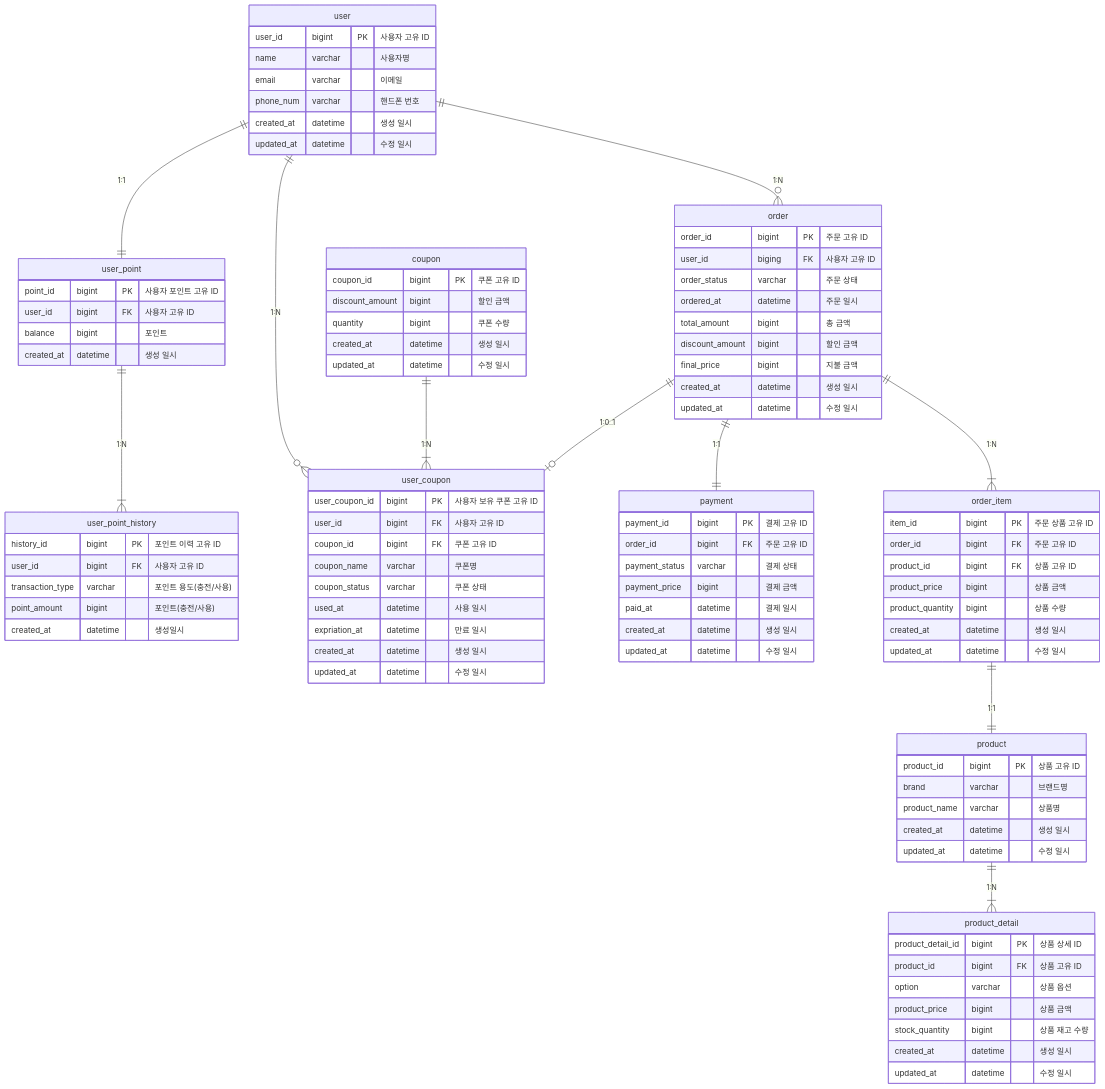
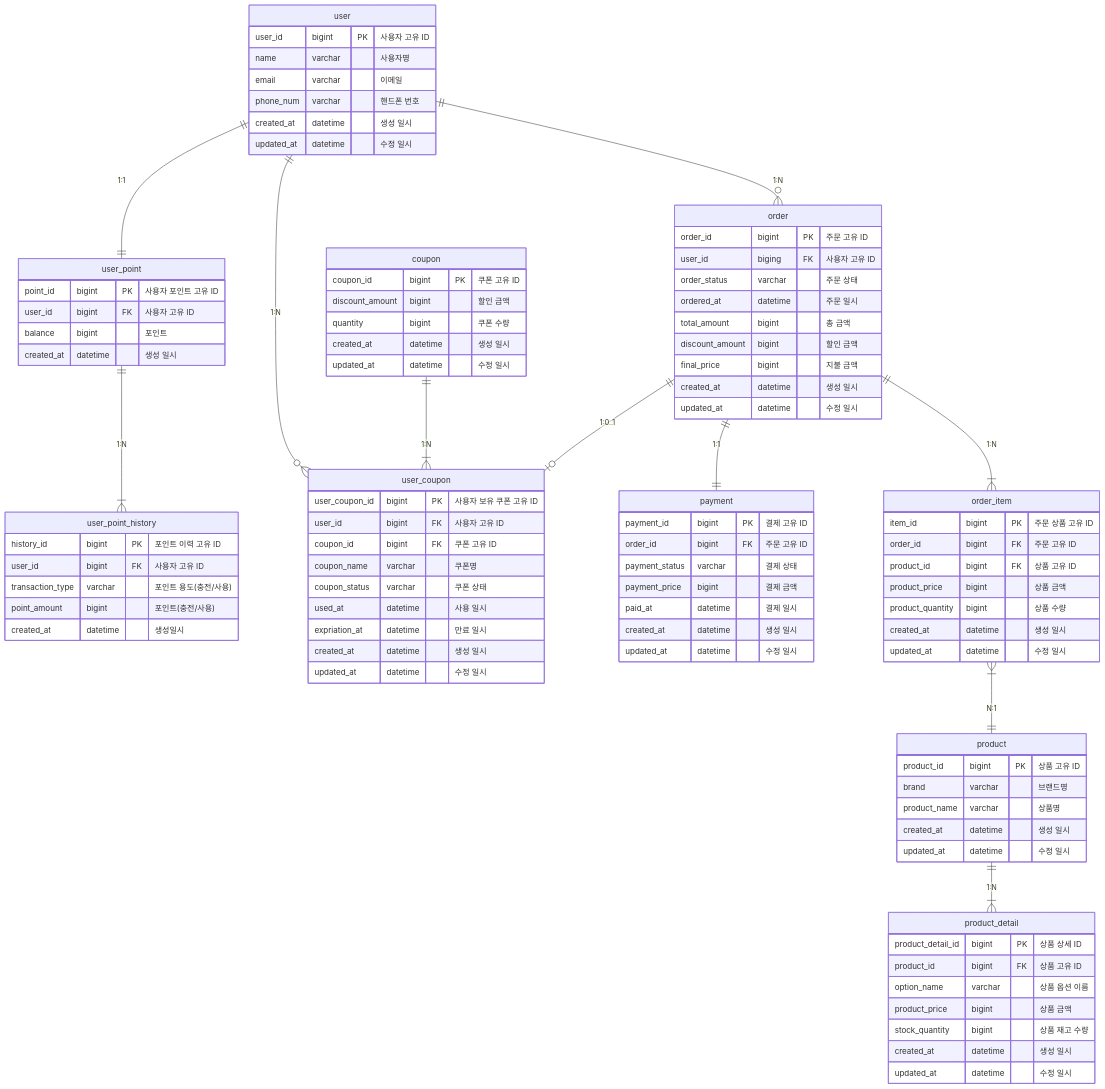
Before and after one commit to Ssoyoung-J/e-commerce-service: the diagram in docs/erd.md, drawn with Mermaid.

Commit message:
docs: erd 수정

```diff
--- a/docs/erd.md
+++ b/docs/erd.md
@@ -11,7 +11,7 @@
     order ||--|{ order_item: "1:N"
     order ||--o| user_coupon : "1:0..1"
 
-    order_item ||--|| product : "1:1"
+    order_item |{--|| product : "N:1"
     product ||--|{ product_detail : "1:N"
 
     user {
@@ -94,7 +94,7 @@
     product_detail {
         product_detail_id bigint PK "상품 상세 ID"
         product_id bigint FK "상품 고유 ID"
-        option varchar "상품 옵션"
+        option_name varchar "상품 옵션 이름"
         product_price bigint "상품 금액"
         stock_quantity bigint "상품 재고 수량"
         created_at datetime "생성 일시"
```
